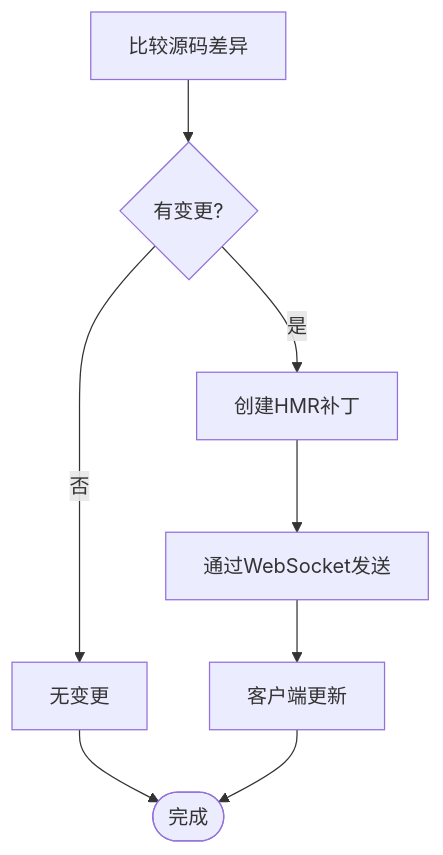
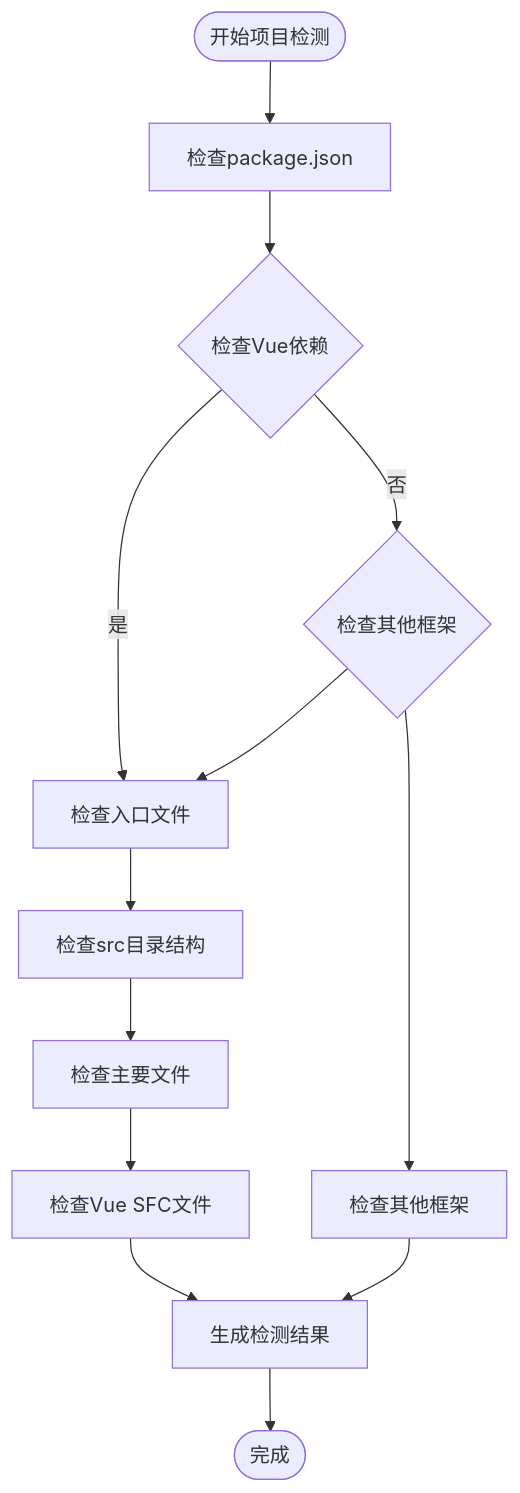
The tenth of 12 diagrams in .qoder/repowiki/zh/content/核心功能特性/工程化与商业化能力/测试框架与基础设施/Iris Runtime CLI工具.md (itszzl-sudo/iris), drawn with Mermaid before and after one commit. The commit also changed other lines of this file and 23 other files, not shown here.

````diff
--- a/.qoder/repowiki/zh/content/核心功能特性/工程化与商业化能力/测试框架与基础设施/Iris Runtime CLI工具.md
+++ b/.qoder/repowiki/zh/content/核心功能特性/工程化与商业化能力/测试框架与基础设施/Iris Runtime CLI工具.md
@@ -586,10 +416,15 @@
 ```mermaid
 flowchart TD
-DiffSources["比较源码差异"] --> CheckChanges{"有变更?"}
-CheckChanges --> |是| CreatePatch["创建HMR补丁"]
-CheckChanges --> |否| NoChanges["无变更"]
-CreatePatch --> SendWS["通过WebSocket发送"]
-SendWS --> UpdateClient["客户端更新"]
-NoChanges --> End([完成])
-UpdateClient --> End
+Start([开始项目检测]) --> CheckPackage["检查package.json"]
+CheckPackage --> CheckVueDep{"检查Vue依赖"}
+CheckVueDep --> |否| CheckOther{"检查其他框架"}
+CheckVueDep --> |是| CheckEntry["检查入口文件"]
+CheckOther --> CheckEntry
+CheckEntry --> CheckSrcDir["检查src目录结构"]
+CheckSrcDir --> CheckMainFiles["检查主要文件"]
+CheckMainFiles --> CheckSFC["检查Vue SFC文件"]
+CheckSFC --> GenerateResult["生成检测结果"]
+CheckOther --> CheckOtherFramework["检查其他框架"]
+CheckOtherFramework --> GenerateResult
+GenerateResult --> End([完成])
 ```
````
